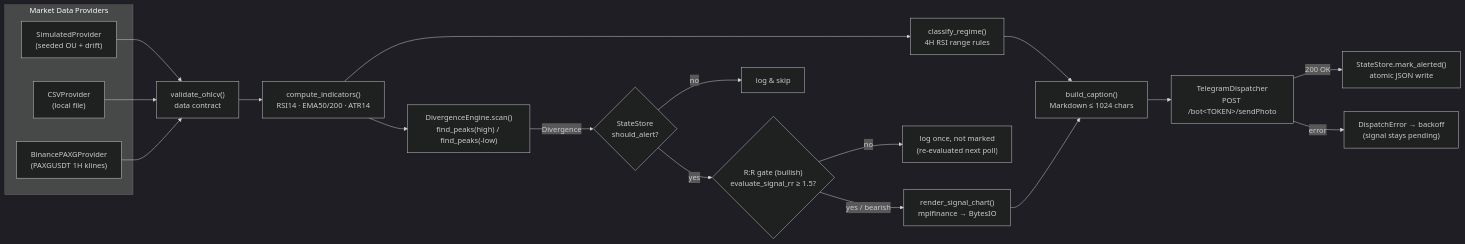
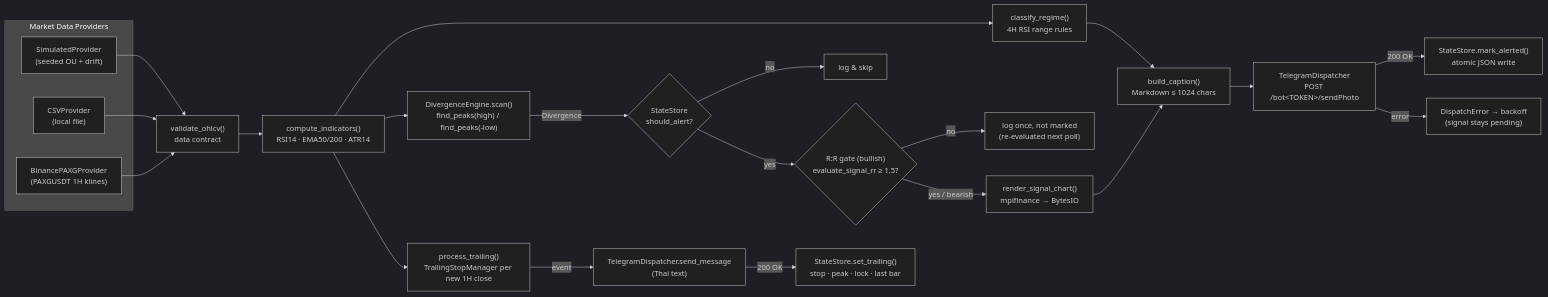
The diagram in 03_PROGRAMMER_TECHNICAL_MANUAL.md (maechada2024/testing-dv), drawn with Mermaid (dark theme) before and after one commit. The commit also changed other lines of this file and 3 other files, not shown here.

First line of the commit message:
Add persistent trailing stop for the open position

````diff
--- a/03_PROGRAMMER_TECHNICAL_MANUAL.md
+++ b/03_PROGRAMMER_TECHNICAL_MANUAL.md
@@ -51,26 +51,29 @@
 ```mermaid
 flowchart LR
     subgraph Providers["Market Data Providers"]
         SIM["SimulatedProvider<br/>(seeded OU + drift)"]
         CSV["CSVProvider<br/>(local file)"]
         BIN["BinancePAXGProvider<br/>(PAXGUSDT 1H klines)"]
     end
 
     SIM --> VAL
     CSV --> VAL
     BIN --> VAL
 
     VAL["validate_ohlcv()<br/>data contract"] --> IND["compute_indicators()<br/>RSI14 · EMA50/200 · ATR14"]
     IND --> REG["classify_regime()<br/>4H RSI range rules"]
     IND --> DET["DivergenceEngine.scan()<br/>find_peaks(high) / find_peaks(-low)"]
     DET -->|Divergence| DEB{"StateStore<br/>should_alert?"}
     DEB -->|no| DROP["log & skip"]
     DEB -->|yes| RR{"R:R gate (bullish)<br/>evaluate_signal_rr ≥ 1.5?"}
     RR -->|no| SKIP["log once, not marked<br/>(re-evaluated next poll)"]
     RR -->|yes / bearish| CH["render_signal_chart()<br/>mplfinance → BytesIO"]
     REG --> CAP
     CH --> CAP["build_caption()<br/>Markdown ≤ 1024 chars"]
     CAP --> TG["TelegramDispatcher<br/>POST /bot&lt;TOKEN&gt;/sendPhoto"]
     TG -->|200 OK| MARK["StateStore.mark_alerted()<br/>atomic JSON write"]
+    IND --> TRL["process_trailing()<br/>TrailingStopManager per new 1H close"]
+    TRL -->|event| MSG["TelegramDispatcher.send_message<br/>(Thai text)"]
+    MSG -->|200 OK| TST["StateStore.set_trailing()<br/>stop · peak · lock · last bar"]
     TG -->|error| RETRY["DispatchError → backoff<br/>(signal stays pending)"]
 ```
````
